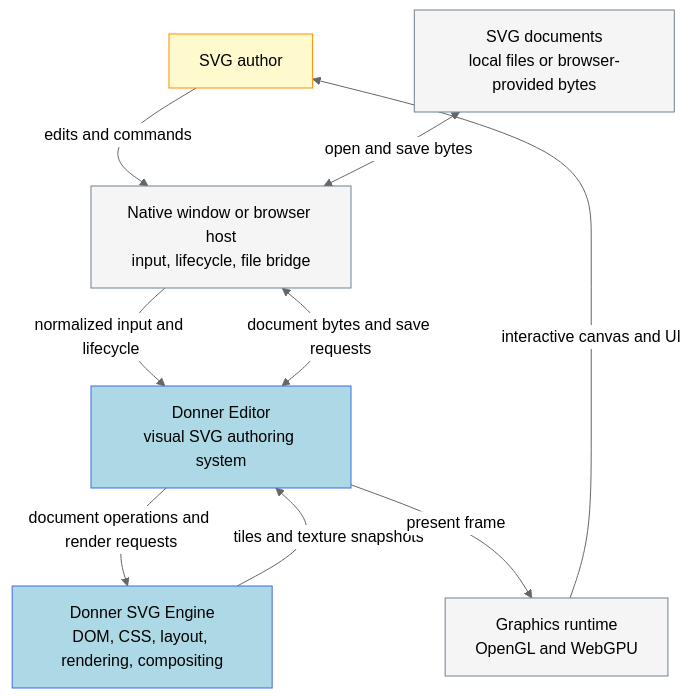
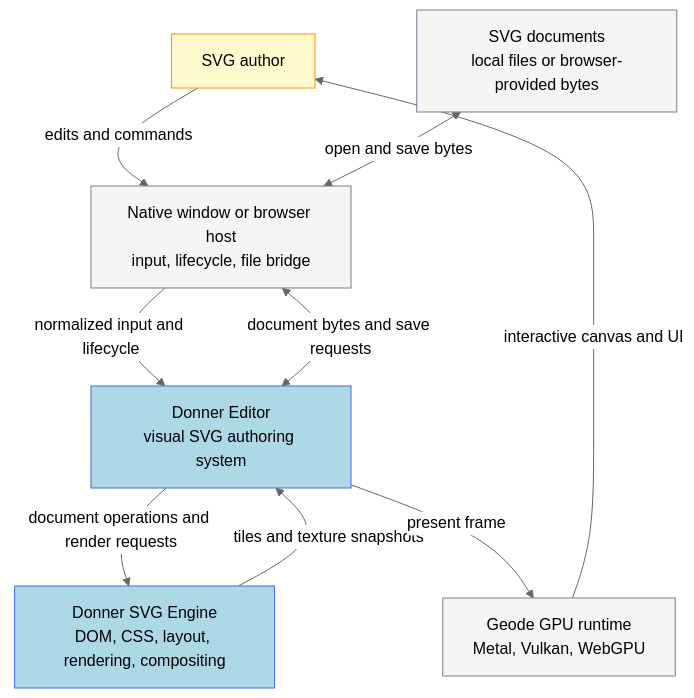
Before and after one commit to jwmcglynn/donner: the first of 5 diagrams in docs/editor_architecture.md, drawn with Mermaid (neutral theme). The commit also changed other lines of this file and 2 other files, not shown here.

Commit message:
Refresh v0.8 support and editor architecture docs (#1569)

````diff
--- a/docs/editor_architecture.md
+++ b/docs/editor_architecture.md
@@ -56,25 +56,25 @@
 ```mermaid
 flowchart TB
   author["SVG author"]
   files["SVG documents<br/>local files or browser-provided bytes"]
   host["Native window or browser host<br/>input, lifecycle, file bridge"]
   editor["Donner Editor<br/>visual SVG authoring system"]
   engine["Donner SVG Engine<br/>DOM, CSS, layout, rendering, compositing"]
-  graphics["Graphics runtime<br/>OpenGL and WebGPU"]
+  graphics["Geode GPU runtime<br/>Metal, Vulkan, WebGPU"]
 
   author -->|"edits and commands"| host
   files <-->|"open and save bytes"| host
   host -->|"normalized input and lifecycle"| editor
   host <-->|"document bytes and save requests"| editor
   editor -->|"document operations and render requests"| engine
   engine -->|"tiles and texture snapshots"| editor
   editor -->|"present frame"| graphics
   graphics -->|"interactive canvas and UI"| author
 
   classDef person fill:lemonchiffon,stroke:darkorange,color:black
   classDef system fill:lightblue,stroke:royalblue,color:black
   classDef external fill:whitesmoke,stroke:slategray,color:black
   class author person
   class editor,engine system
   class files,host,graphics external
 ```
````
